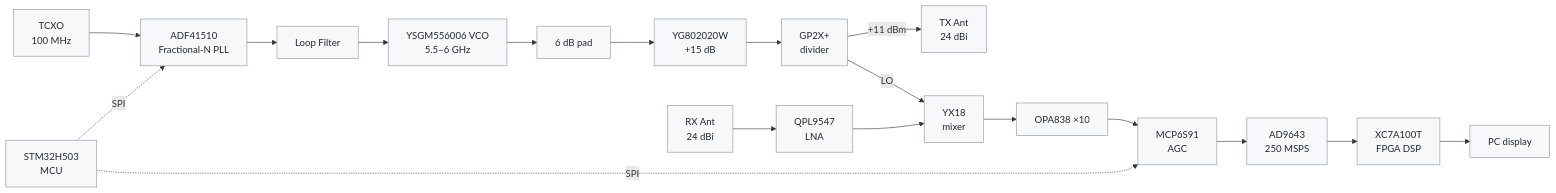
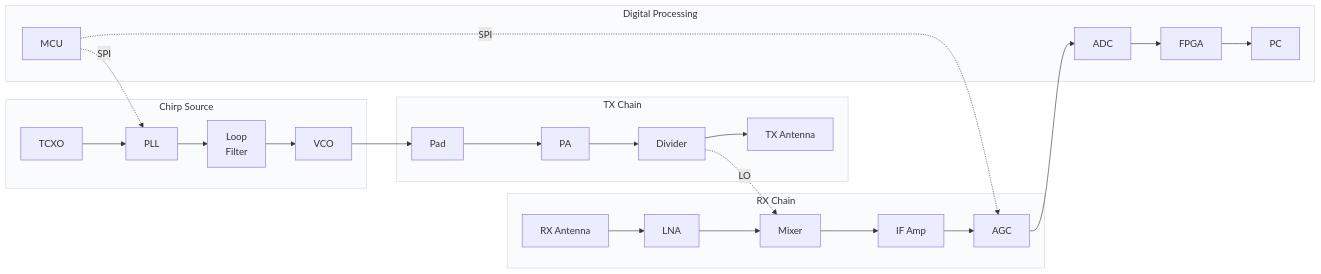
Before and after one commit to oliskcz/Lyrion-Radar: the diagram in PLAN.md, drawn with Mermaid. The commit also changed other lines of this file and 1 other file, not shown here.

Commit message:
Restructure System Overview: flowchart with 4 subgraphs (very subtle backgrounds), block summary table, step-by-step signal flow

````diff
--- a/PLAN.md
+++ b/PLAN.md
@@ -18,52 +20,28 @@
 ```mermaid
-graph LR
-    %% Chirp Source
-    TCXO[TCXO<br/>100 MHz]
-    PLL[ADF41510<br/>Fractional-N PLL]
-    LPF[Loop Filter]
-    VCO[YSGM556006 VCO<br/>5.5–6 GHz]
+flowchart LR
+    subgraph CHIRP["Chirp Source"]
+        TCXO[TCXO] --> PLL[PLL] --> LF[Loop<br/>Filter] --> VCO[VCO]
+    end
 
-    %% TX Path
-    PAD[6 dB pad]
-    PA[YG802020W<br/>+15 dB]
-    DIV[GP2X+<br/>divider]
-    TXANT[TX Ant<br/>24 dBi]
+    subgraph TX["TX Chain"]
+        VCO --> PAD[Pad] --> PA[PA] --> DIV[Divider]
+        DIV --> TXA[TX Antenna]
+    end
 
-    %% RX Path
-    RXANT[RX Ant<br/>24 dBi]
-    LNA[QPL9547<br/>LNA]
-    MIXER[YX18<br/>mixer]
-    IFAMP[OPA838 ×10]
-    AGC[MCP6S91<br/>AGC]
+    subgraph RX["RX Chain"]
+        RXA2[RX Antenna] --> LNA2[LNA] --> MIX[Mixer]
+        DIV -. LO .-> MIX
+        MIX --> IFA[IF Amp] --> AGC2[AGC]
+    end
 
-    %% Digital
-    ADC[AD9643<br/>250 MSPS]
-    FPGA[XC7A100T<br/>FPGA DSP]
-    MCU[STM32H503<br/>MCU]
-    PC[PC display]
+    subgraph DSP["Digital Processing"]
+        AGC2 --> ADC2[ADC] --> FPGA2[FPGA] --> PC2[PC]
+        MCU2[MCU] -. SPI .-> PLL
+        MCU2 -. SPI .-> AGC2
+    end
 
-    %% Chirp Source flow
-    TCXO --> PLL --> LPF --> VCO
-
-    %% TX flow
-    VCO --> PAD --> PA --> DIV
-    DIV -->|+11 dBm| TXANT
-    DIV -->|LO| MIXER
-
-    %% RX flow
-    RXANT --> LNA --> MIXER
-    MIXER --> IFAMP --> AGC --> ADC --> FPGA --> PC
-
-    %% MCU control
-    MCU -. SPI .-> PLL
-    MCU -. SPI .-> AGC
-
-    %% Subtle styling
-    classDef chirp fill:#f6f8fa,stroke:#8b949e,color:#24292f
-    classDef rf fill:#f6f8fa,stroke:#8b949e,color:#24292f
-    classDef digital fill:#f6f8fa,stroke:#8b949e,color:#24292f
-
-    class TCXO,PLL,LPF,VCO chirp
-    class PAD,PA,DIV,TXANT,RXANT,LNA,MIXER,IFAMP,AGC rf
-    class ADC,FPGA,MCU,PC digital
+    style CHIRP fill:#fafbfc,stroke:#d0d7de
+    style TX fill:#fafbfc,stroke:#d0d7de
+    style RX fill:#fafbfc,stroke:#d0d7de
+    style DSP fill:#fafbfc,stroke:#d0d7de
 ```
````
